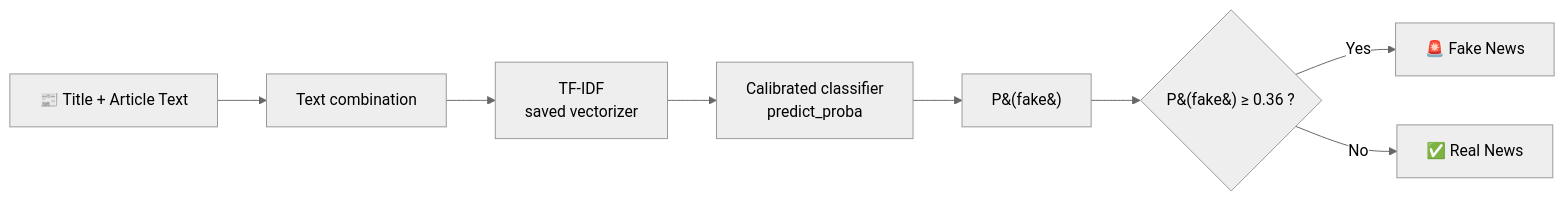
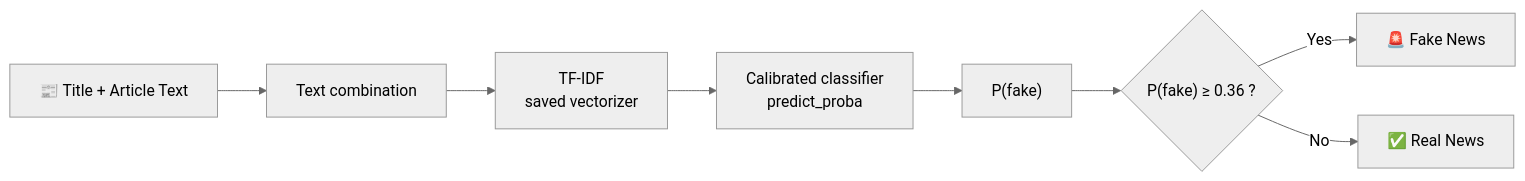
Before and after one commit to AbdelrhmanAkl/AI-Powered-Misinformation-Detection-System: the diagram in README.md, drawn with Mermaid (neutral theme). The commit also changed other lines of this file, not shown here.

First line of the commit message:
Refine flowchart labels and author information

````diff
--- a/README.md
+++ b/README.md
@@ -102,10 +102,10 @@
 ```mermaid
 flowchart LR
     A[📰 Title + Article Text] --> B[Text combination]
     B --> C[TF-IDF<br/>saved vectorizer]
     C --> D[Calibrated classifier<br/>predict_proba]
-    D --> E[P&#40;fake&#41;]
-    E --> F{P&#40;fake&#41; ≥ 0.36 ?}
+    D --> E["P(fake)"]
+    E --> F{"P(fake) ≥ 0.36 ?"}
     F -- Yes --> G[🚨 Fake News]
     F -- No --> H[✅ Real News]
 ```
````
